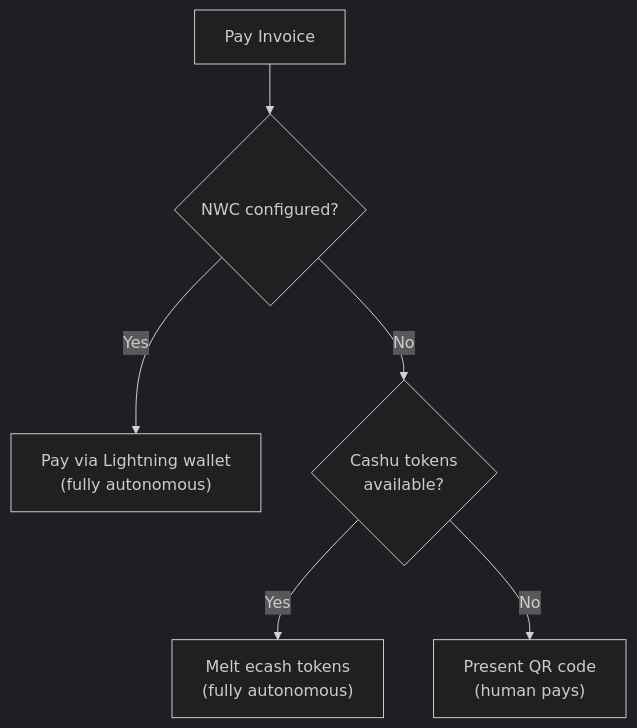
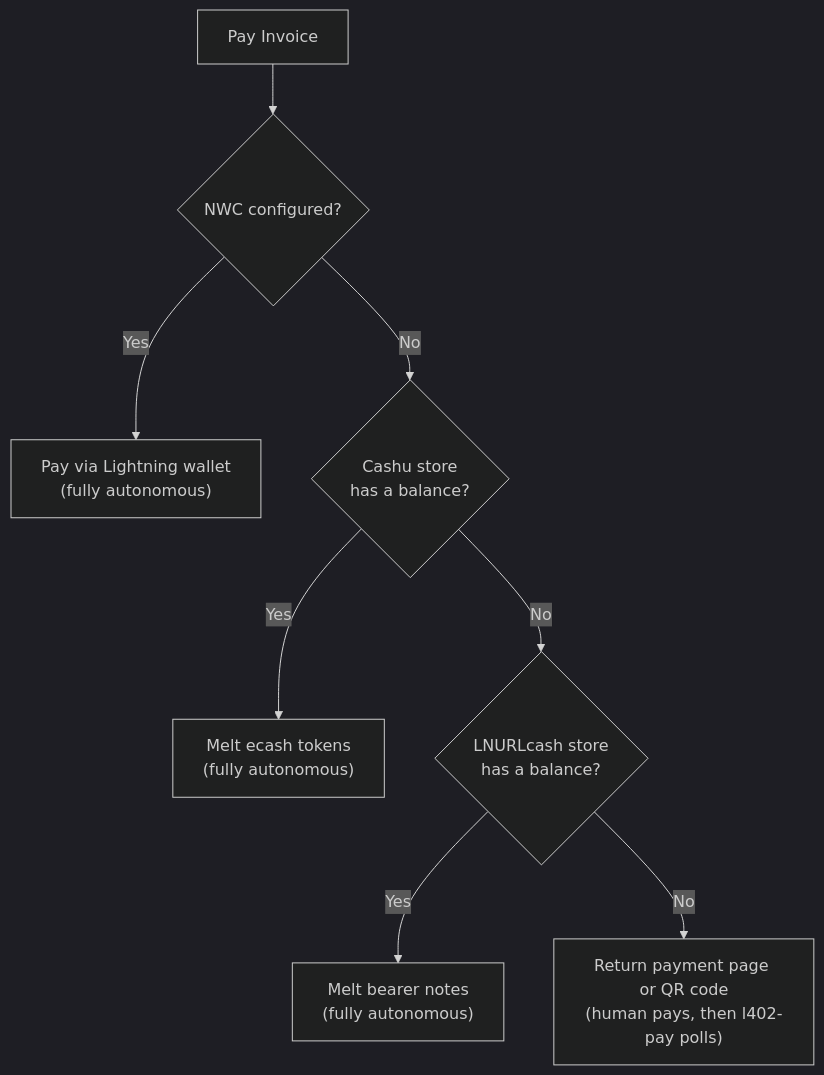
Before and after one commit to forgesworn/402-mcp: the fourth of 4 diagrams in docs/architecture.md, drawn with Mermaid (dark theme). The commit also changed other lines of this file and 7 other files, not shown here.

````diff
--- a/docs/architecture.md
+++ b/docs/architecture.md
@@ -97,9 +101,11 @@
 ```mermaid
 graph TD
     Pay["Pay Invoice"]
     Pay --> NWC{"NWC configured?"}
     NWC -->|Yes| NWCPay["Pay via Lightning wallet<br/>(fully autonomous)"]
-    NWC -->|No| CashuQ{"Cashu tokens<br/>available?"}
+    NWC -->|No| CashuQ{"Cashu store<br/>has a balance?"}
     CashuQ -->|Yes| CashuPay["Melt ecash tokens<br/>(fully autonomous)"]
-    CashuQ -->|No| HumanPay["Present QR code<br/>(human pays)"]
+    CashuQ -->|No| NoteQ{"LNURLcash store<br/>has a balance?"}
+    NoteQ -->|Yes| NotePay["Melt bearer notes<br/>(fully autonomous)"]
+    NoteQ -->|No| HumanPay["Return payment page or QR code<br/>(human pays, then l402-pay polls)"]
 ```
````
